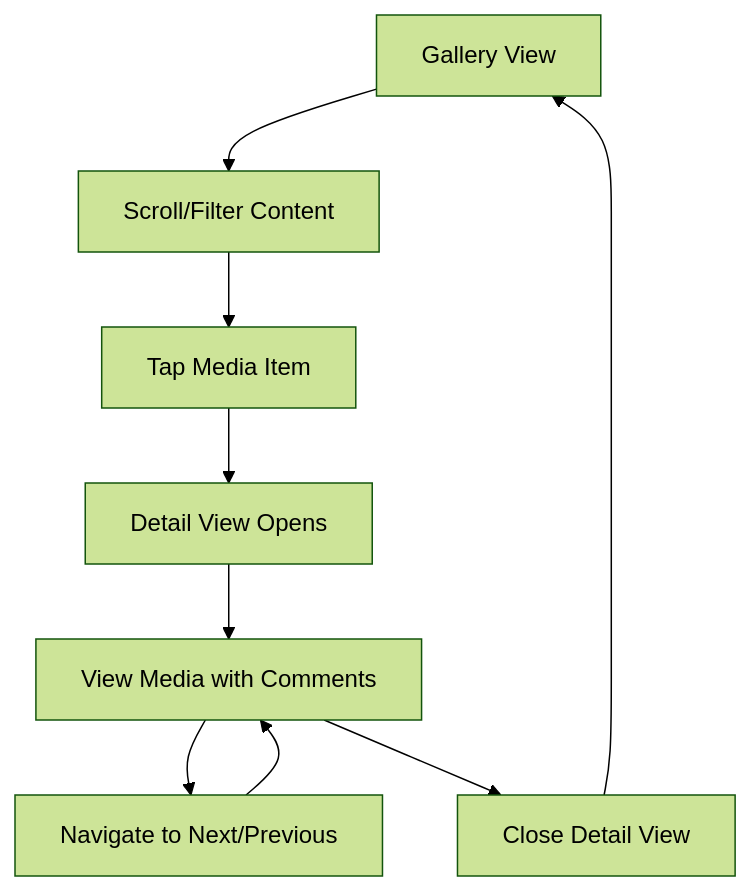
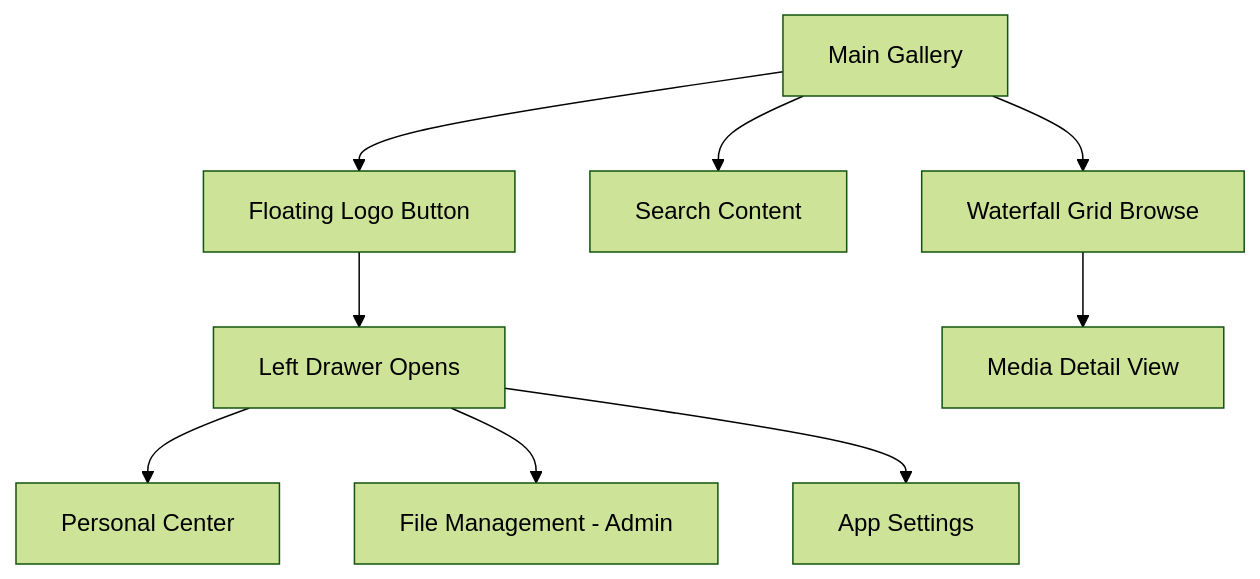
The third of 4 diagrams in docs/front-end-spec.md (fooljohnny/zviewer), drawn with Mermaid (forest theme) before and after one commit. The commit also changed other lines of this file and 12 other files, not shown here.

````diff
--- a/docs/front-end-spec.md
+++ b/docs/front-end-spec.md
@@ -106,11 +111,11 @@
 ```mermaid
 graph TD
-    A[Gallery View] --> B[Scroll/Filter Content]
-    B --> C[Tap Media Item]
-    C --> D[Detail View Opens]
-    D --> E[View Media with Comments]
-    E --> F[Navigate to Next/Previous]
-    F --> E
-    E --> G[Close Detail View]
-    G --> A
+    A[Main Gallery] --> B[Floating Logo Button]
+    B --> C[Left Drawer Opens]
+    C --> D[Personal Center]
+    C --> E[File Management - Admin]
+    C --> F[App Settings]
+    A --> G[Search Content]
+    A --> H[Waterfall Grid Browse]
+    H --> I[Media Detail View]
 ```
````
